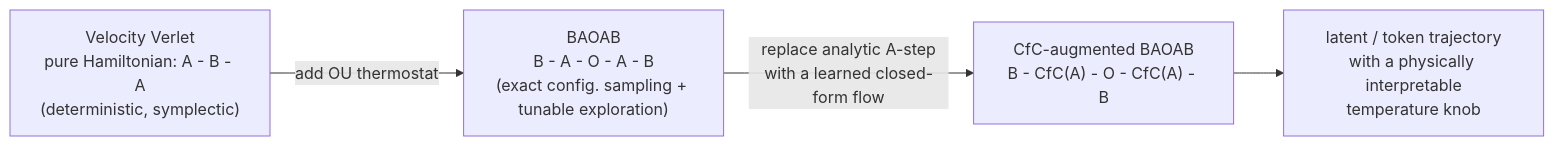
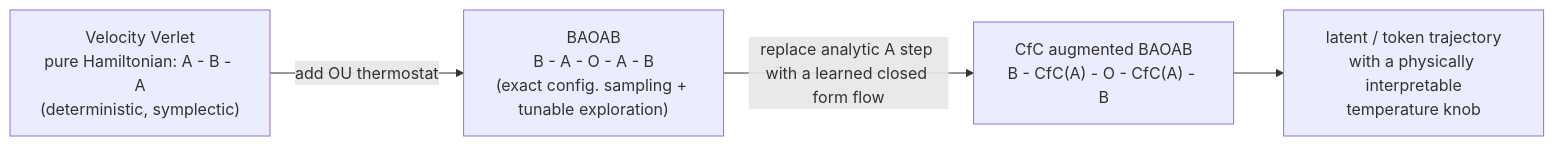
Before and after one commit to dimitarpg13/semantic_simulation: the third of 3 diagrams in docs/BAOAB/BAOAB_Deep_Dive.md, drawn with Mermaid. The commit also changed other lines of this file, not shown here.

Commit message:
update BAOAB deep dive

````diff
--- a/docs/BAOAB/BAOAB_Deep_Dive.md
+++ b/docs/BAOAB/BAOAB_Deep_Dive.md
@@ -251,6 +271,11 @@
 ```mermaid
 flowchart LR
-    Verlet["Velocity Verlet<br/>pure Hamiltonian: A - B - A<br/>(deterministic, symplectic)"] -->|"add OU thermostat"| BAOABgen["BAOAB<br/>B - A - O - A - B<br/>(exact config. sampling + tunable exploration)"]
-    BAOABgen -->|"replace analytic A-step<br/>with a learned closed-form flow"| CfCgen["CfC-augmented BAOAB<br/>B - CfC(A) - O - CfC(A) - B"]
-    CfCgen --> Out["latent / token trajectory<br/>with a physically interpretable<br/>temperature knob"]
+    Verlet["Velocity Verlet<br>pure Hamiltonian: A - B - A<br>(deterministic, symplectic)"]
+    BAOABgen["BAOAB<br>B - A - O - A - B<br>(exact config. sampling + tunable exploration)"]
+    CfCgen["CfC augmented BAOAB<br>B - CfC(A) - O - CfC(A) - B"]
+    Out["latent / token trajectory<br>with a physically interpretable<br>temperature knob"]
+
+    Verlet -->|add OU thermostat| BAOABgen
+    BAOABgen -->|replace analytic A step with a learned closed form flow| CfCgen
+    CfCgen --> Out
 ```
````
